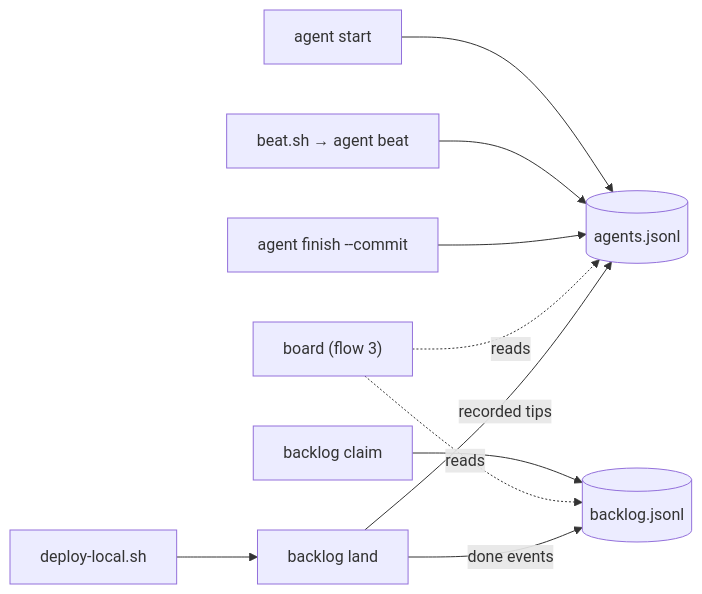
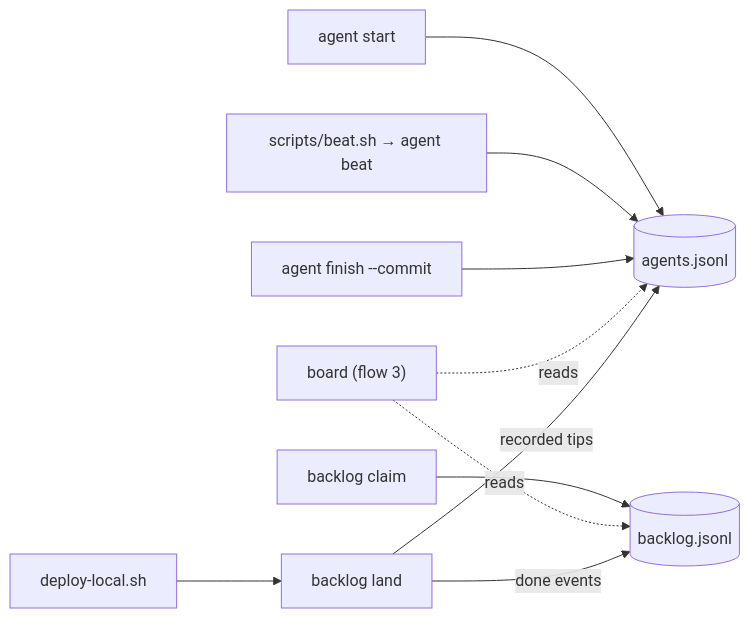
One commit to shank-eric/once-upon-a-diff changed the fifth of 5 diagrams in docs/flows.md. Above: the diagram before and after it, drawn with Mermaid. The commit also changed other lines of this file and 22 other files, not shown here.

````diff
--- a/docs/flows.md
+++ b/docs/flows.md
@@ -251,12 +251,12 @@
 ```mermaid
 flowchart LR
   start["agent start"] --> reg[("agents.jsonl")]
   claim["backlog claim"] --> bl[("backlog.jsonl")]
-  beats["beat.sh → agent beat"] --> reg
+  beats["scripts/beat.sh → agent beat"] --> reg
   finish["agent finish --commit"] --> reg
   board["board (flow 3)"] -.->|reads| reg
   board -.->|reads| bl
   deploy["deploy-local.sh"] --> land["backlog land"]
   land -->|recorded tips| reg
   land -->|done events| bl
 ```
````
